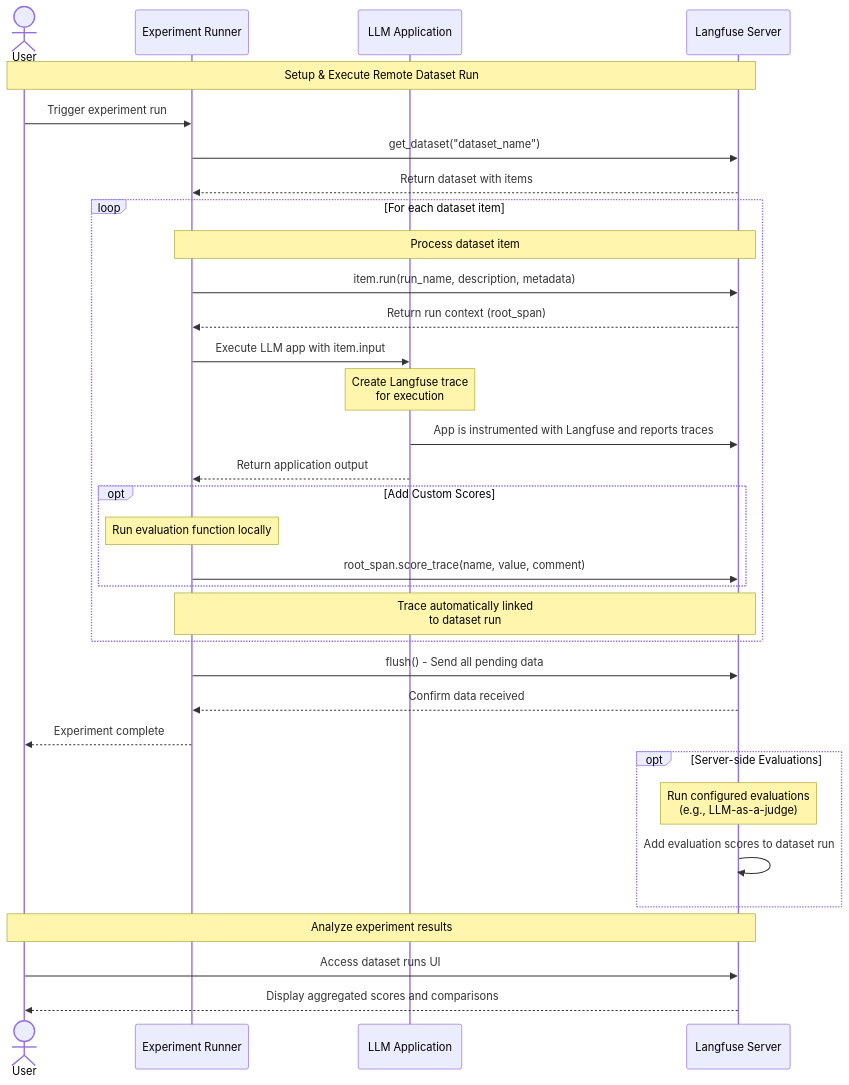
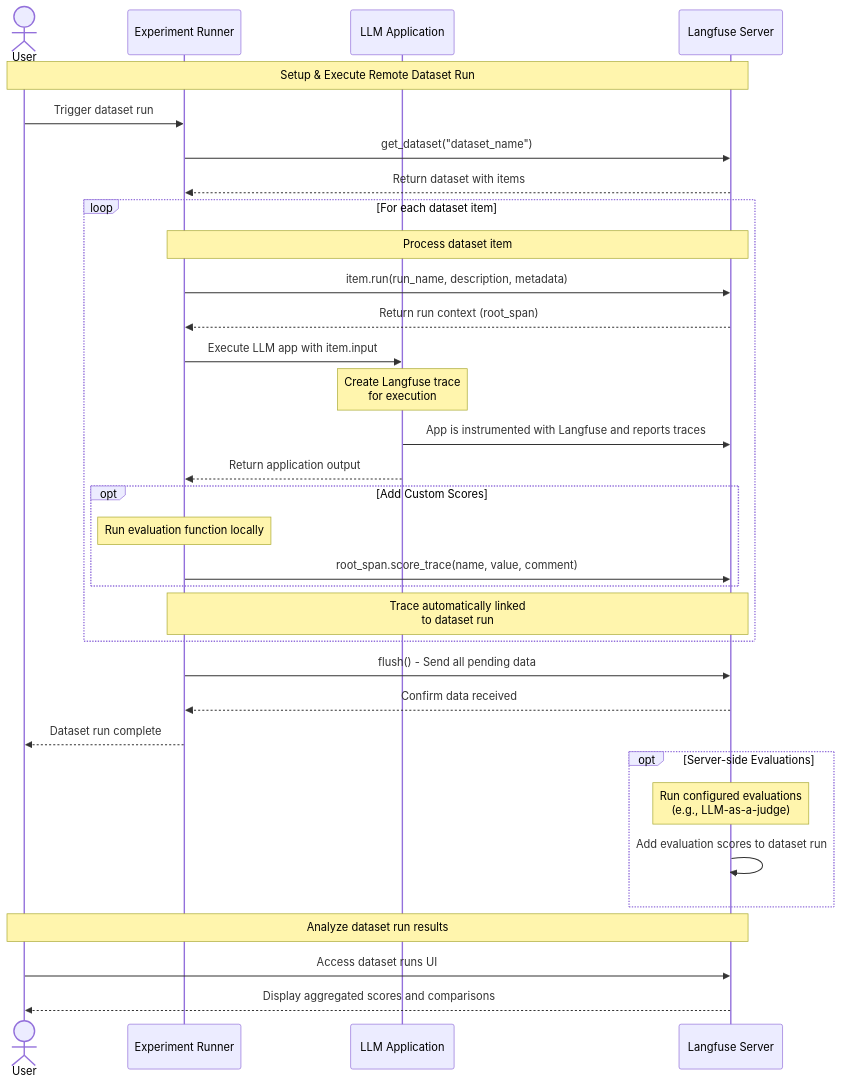
The diagram in pages/docs/evaluation/dataset-runs/remote-run.mdx (langfuse/langfuse-docs), drawn with Mermaid before and after one commit. The commit also changed other lines of this file, not shown here.

Commit message:
docs: move sequence diagram into <details> on dataset run

````diff
--- a/pages/docs/evaluation/dataset-runs/remote-run.mdx
+++ b/pages/docs/evaluation/dataset-runs/remote-run.mdx
@@ -24,56 +27,56 @@
 ```mermaid
 sequenceDiagram
     actor Person as User
     participant User as Experiment Runner
     participant App as LLM Application
     participant LF as Langfuse Server
 
     Note over Person, LF: Setup & Execute Remote Dataset Run
 
-    %% Trigger experiment
-    Person->>User: Trigger experiment run
+    %% Trigger dataset run
+    Person->>User: Trigger dataset run
 
     %% Load Dataset
     User->>LF: get_dataset("dataset_name")
     LF-->>User: Return dataset with items
 
     %% Loop through dataset items
     loop For each dataset item
         Note over User, LF: Process dataset item
 
         %% Start dataset run context
         User->>LF: item.run(run_name, description, metadata)
         LF-->>User: Return run context (root_span)
 
         %% Execute LLM application
         User->>App: Execute LLM app with item.input
         Note over App: Create Langfuse trace<br/>for execution
         App->>LF: App is instrumented with Langfuse and reports traces
         App-->>User: Return application output
 
         %% Optional: Add evaluation scores from experiment runner
         opt Add Custom Scores
             Note over User: Run evaluation function locally
             User->>LF: root_span.score_trace(name, value, comment)
         end
 
         %% Link execution to dataset item
         Note over User, LF: Trace automatically linked<br/>to dataset run
     end
 
     %% Flush data to server
     User->>LF: flush() - Send all pending data
     LF-->>User: Confirm data received
-    User-->>Person: Experiment complete
+    User-->>Person: Dataset run complete
 
     %% Optional: Langfuse server-side evaluations
     opt Server-side Evaluations
         Note over LF: Run configured evaluations<br/>(e.g., LLM-as-a-judge)
         LF->>LF: Add evaluation scores to dataset run
     end
 
     %% View results in UI
-    Note over Person, LF: Analyze experiment results
+    Note over Person, LF: Analyze dataset run results
     Person->>LF: Access dataset runs UI
     LF-->>Person: Display aggregated scores and comparisons
 ```
````
